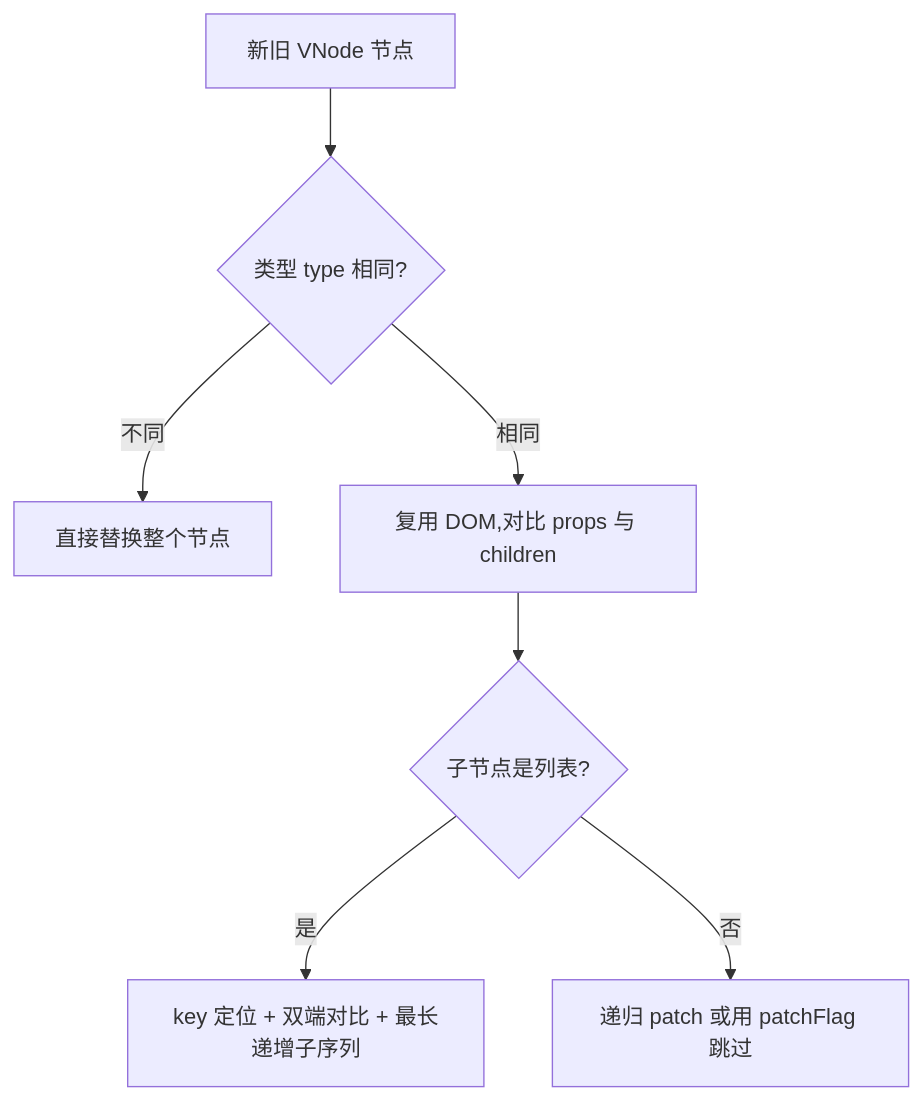
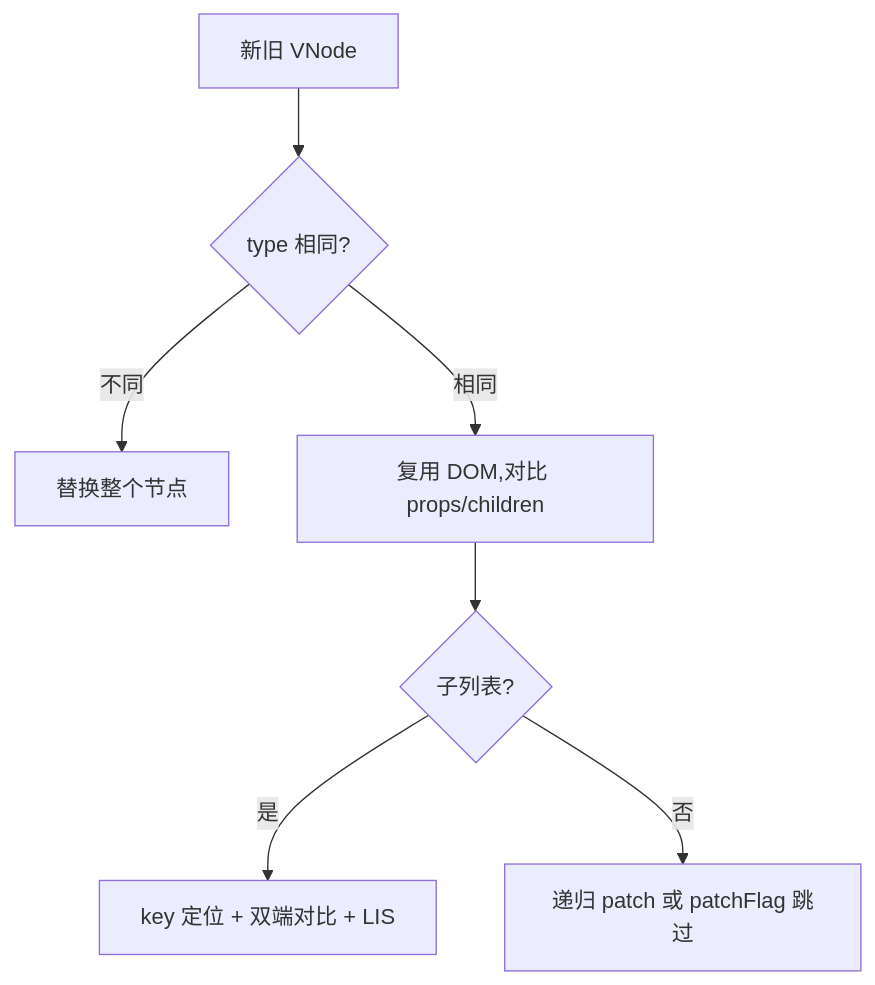
Before and after one commit to inspire-man/frontend-knowledge-base: the second of 2 diagrams in frontend-knowledge-base/卷六-框架核心Vue3/6.2-编译与渲染机制.md, drawn with Mermaid. The commit also changed other lines of this file and 6 other files, not shown here.

````diff
--- a/frontend-knowledge-base/卷六-框架核心Vue3/6.2-编译与渲染机制.md
+++ b/frontend-knowledge-base/卷六-框架核心Vue3/6.2-编译与渲染机制.md
@@ -67,9 +49,9 @@
 ```mermaid
 flowchart TD
-    A[新旧 VNode 节点] --> B{类型 type 相同?}
-    B -->|不同| C[直接替换整个节点]
-    B -->|相同| D[复用 DOM,对比 props 与 children]
-    D --> E{子节点是列表?}
-    E -->|是| F[key 定位 + 双端对比 + 最长递增子序列]
-    E -->|否| G[递归 patch 或用 patchFlag 跳过]
+    A[新旧 VNode] --> B{type 相同?}
+    B -->|不同| C[替换整个节点]
+    B -->|相同| D[复用 DOM,对比 props/children]
+    D --> E{子列表?}
+    E -->|是| F[key 定位 + 双端对比 + LIS]
+    E -->|否| G[递归 patch 或 patchFlag 跳过]
 ```
````
